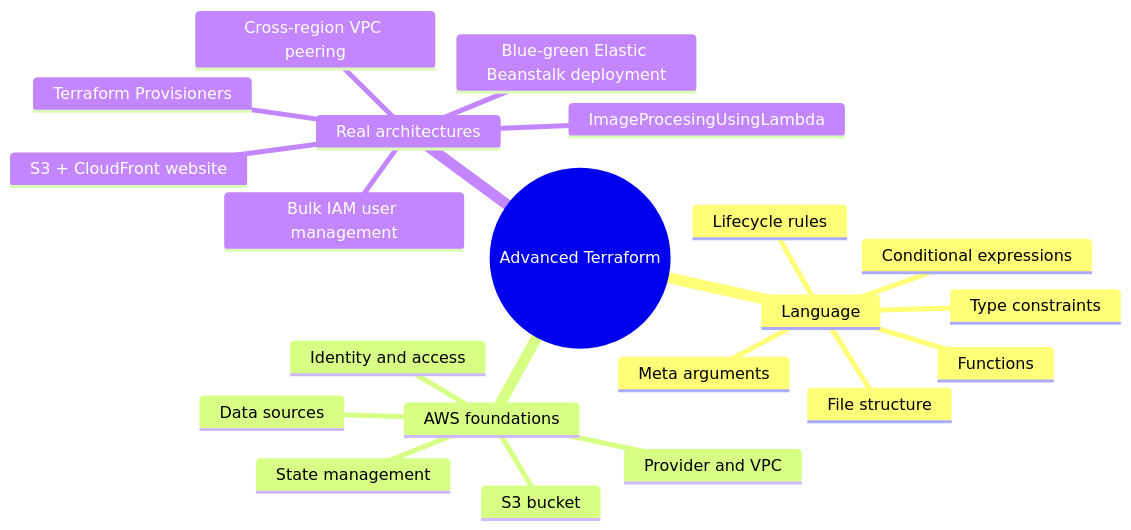
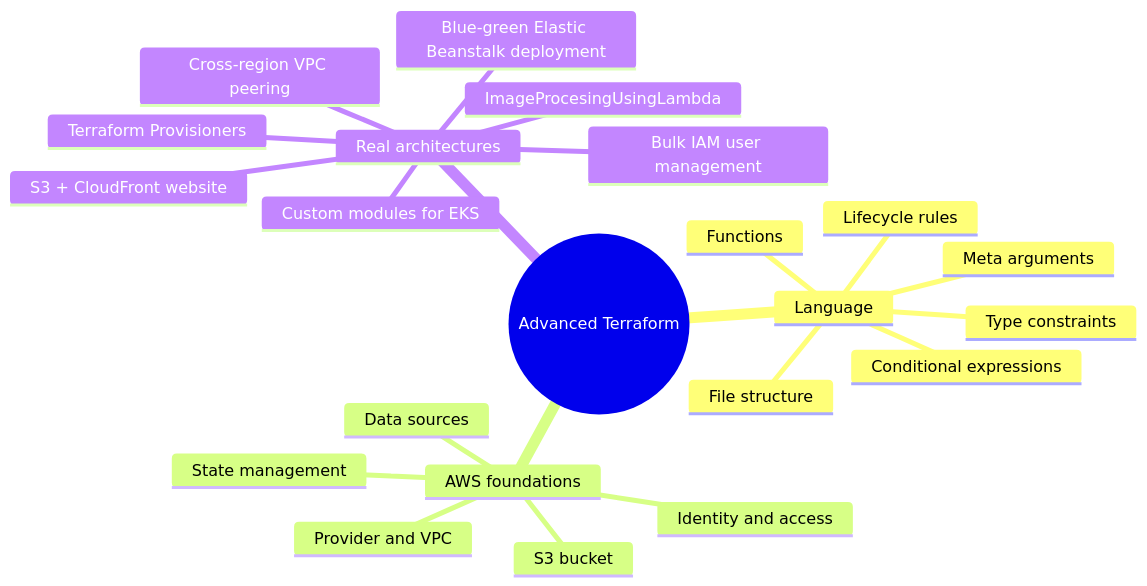
Before and after one commit to Shashwatyarr/Advanced-Terraform: the first of 2 diagrams in README.md, drawn with Mermaid. The commit also changed other lines of this file and 20 other files, not shown here.

Commit message:
Understanding Custom Modules

````diff
--- a/README.md
+++ b/README.md
@@ -9,25 +9,26 @@
 ```mermaid
 mindmap
   root((Advanced Terraform))
     Language
       Conditional expressions
       Functions
       Type constraints
       Meta arguments
       Lifecycle rules
       File structure
     AWS foundations
       Provider and VPC
       S3 bucket
       Data sources
       State management
       Identity and access
         
     Real architectures
       S3 + CloudFront website
       Cross-region VPC peering
       Bulk IAM user management
       ImageProcesingUsingLambda
+      Custom modules for EKS
       Terraform Provisioners
       Blue-green Elastic Beanstalk deployment
 ```
````
